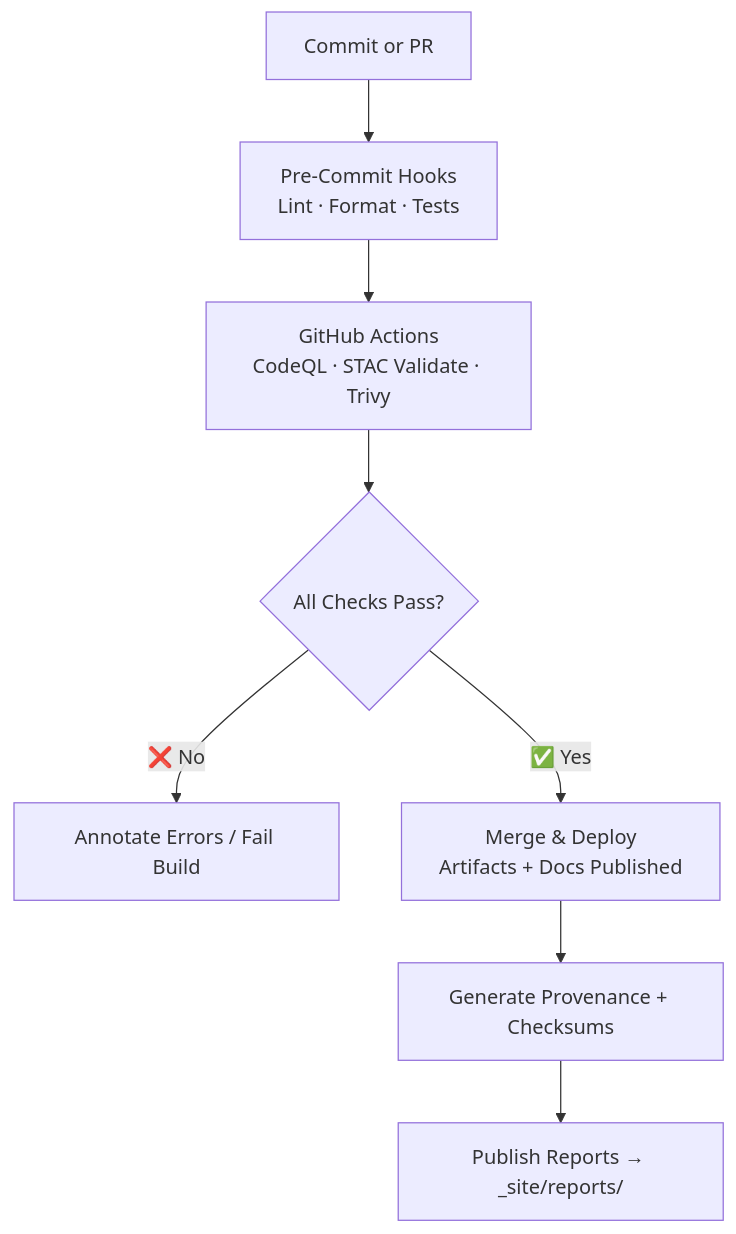
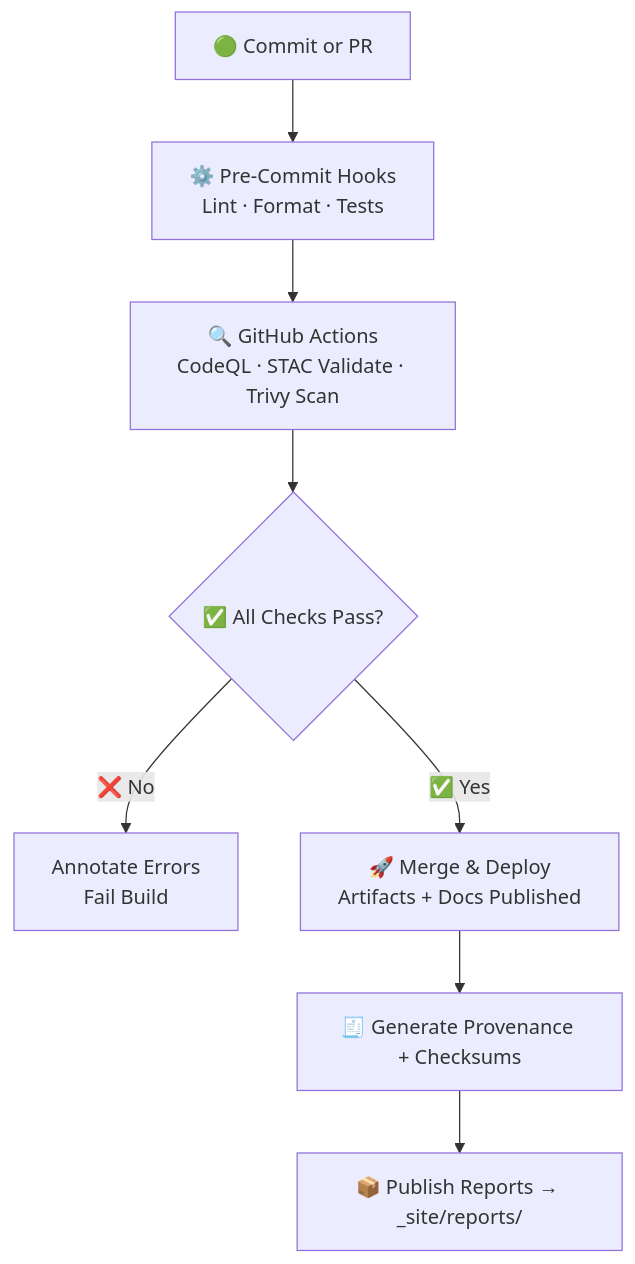
Before and after one commit to bartytime4life/Kansas-Frontier-Matrix: the diagram in docs/standards/README.md, drawn with Mermaid. The commit also changed other lines of this file, not shown here.

````diff
--- a/docs/standards/README.md
+++ b/docs/standards/README.md
@@ -183,10 +212,11 @@
 ```mermaid
 flowchart TD
-  A["Commit or PR"] --> B["Pre-Commit Hooks<br/>Lint · Format · Tests"]
-  B --> C["GitHub Actions<br/>CodeQL · STAC Validate · Trivy"]
-  C --> D{"All Checks Pass?"}
-  D -- ❌ No --> E["Annotate Errors / Fail Build"]
-  D -- ✅ Yes --> F["Merge & Deploy<br/>Artifacts + Docs Published"]
-  F --> G["Generate Provenance + Checksums"]
-  G --> H["Publish Reports → _site/reports/"]
+  A["🟢 Commit or PR"] --> B["⚙️ Pre-Commit Hooks<br/>Lint · Format · Tests"]
+  B --> C["🔍 GitHub Actions<br/>CodeQL · STAC Validate · Trivy Scan"]
+  C --> D{"✅ All Checks Pass?"}
+  D -- "❌ No" --> E["Annotate Errors<br/>Fail Build"]
+  D -- "✅ Yes" --> F["🚀 Merge & Deploy<br/>Artifacts + Docs Published"]
+  F --> G["🧾 Generate Provenance + Checksums"]
+  G --> H["📦 Publish Reports → _site/reports/"]
+%% END OF MERMAID
 ```
````
